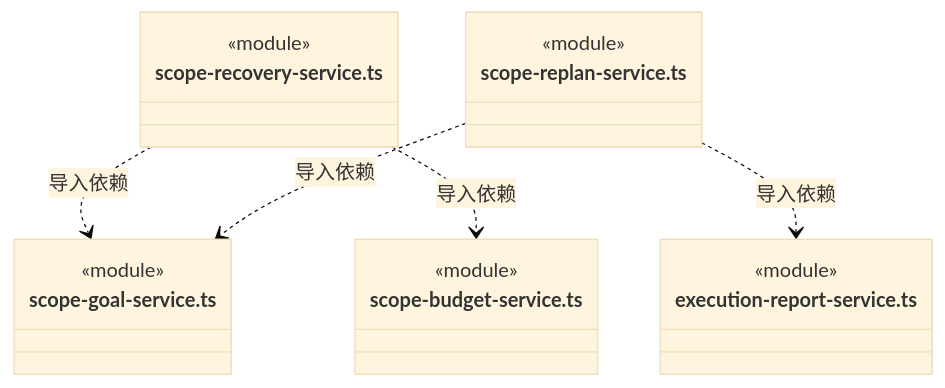
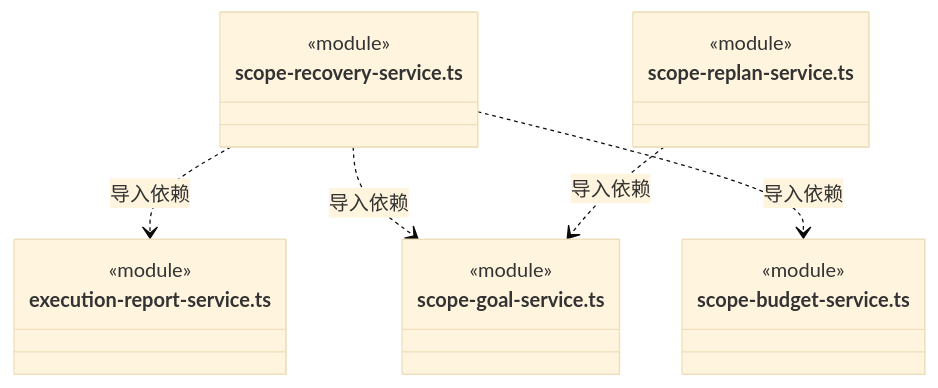
Diagram 52 of 56 in src/backend/scheduler-engine/execution/ARCHITECTURE.md (nan023062/cbim), drawn with Mermaid (base theme) before and after one commit. The commit also changed other lines of this file and 85 other files, not shown here.

````diff
--- a/src/backend/scheduler-engine/execution/ARCHITECTURE.md
+++ b/src/backend/scheduler-engine/execution/ARCHITECTURE.md
@@ -1301,22 +1378,22 @@
 ```mermaid
 classDiagram
 class N_src_backend_scheduler_engine_execution_scope_recovery_service_ts["scope-recovery-service.ts"] {
+  <<module>>
+}
+class N_src_backend_scheduler_engine_execution_execution_report_service_ts["execution-report-service.ts"] {
   <<module>>
 }
 class N_src_backend_scheduler_engine_execution_scope_goal_service_ts["scope-goal-service.ts"] {
   <<module>>
 }
 class N_src_backend_scheduler_engine_execution_scope_budget_service_ts["scope-budget-service.ts"] {
   <<module>>
 }
 class N_src_backend_scheduler_engine_execution_scope_replan_service_ts["scope-replan-service.ts"] {
   <<module>>
 }
-class N_src_backend_scheduler_engine_execution_execution_report_service_ts["execution-report-service.ts"] {
-  <<module>>
-}
+N_src_backend_scheduler_engine_execution_scope_recovery_service_ts ..> N_src_backend_scheduler_engine_execution_execution_report_service_ts : 导入依赖
 N_src_backend_scheduler_engine_execution_scope_recovery_service_ts ..> N_src_backend_scheduler_engine_execution_scope_goal_service_ts : 导入依赖
 N_src_backend_scheduler_engine_execution_scope_recovery_service_ts ..> N_src_backend_scheduler_engine_execution_scope_budget_service_ts : 导入依赖
 N_src_backend_scheduler_engine_execution_scope_replan_service_ts ..> N_src_backend_scheduler_engine_execution_scope_goal_service_ts : 导入依赖
-N_src_backend_scheduler_engine_execution_scope_replan_service_ts ..> N_src_backend_scheduler_engine_execution_execution_report_service_ts : 导入依赖
 ```
````
